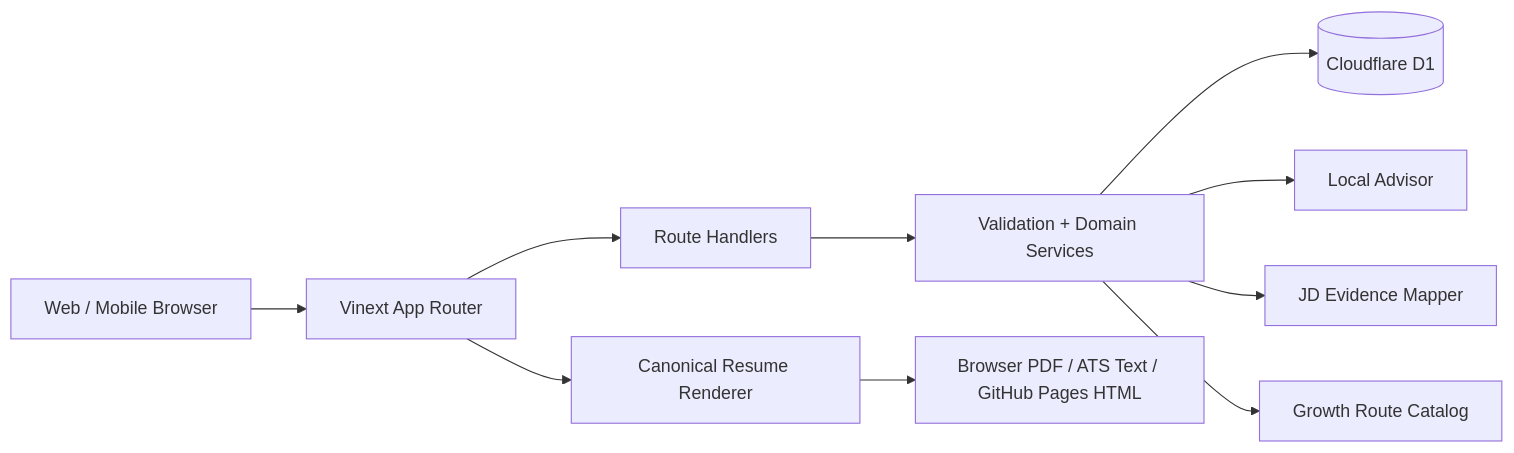
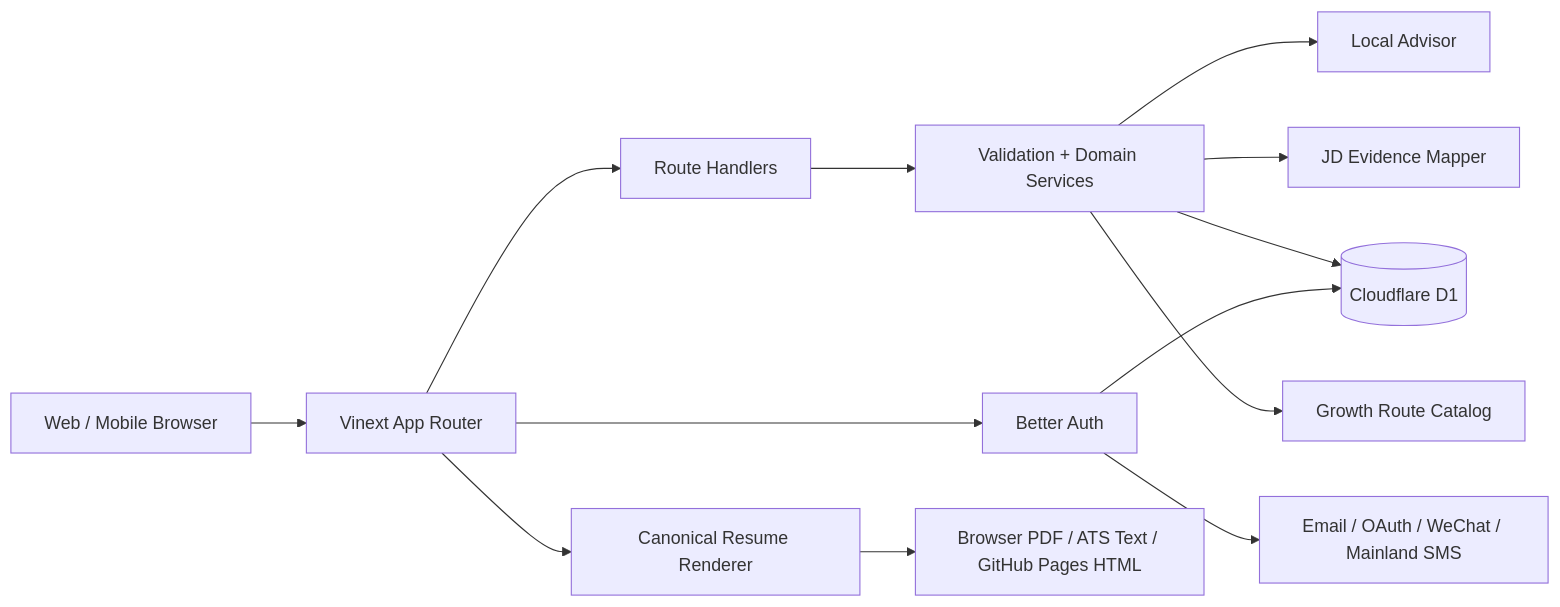
Before and after one commit to xhongduo-tech/easycv: the first of 2 diagrams in docs/architecture.md, drawn with Mermaid. The commit also changed other lines of this file and 46 other files, not shown here.

````diff
--- a/docs/architecture.md
+++ b/docs/architecture.md
@@ -7,12 +7,15 @@
 ```mermaid
 flowchart LR
   Browser[Web / Mobile Browser] --> App[Vinext App Router]
   App --> Routes[Route Handlers]
+  App --> Auth[Better Auth]
+  Auth --> Identity[Email / OAuth / WeChat / Mainland SMS]
+  Auth --> D1
   Routes --> Domain[Validation + Domain Services]
   Domain --> D1[(Cloudflare D1)]
   Domain --> Advisor[Local Advisor]
   Domain --> Evidence[JD Evidence Mapper]
   App --> Renderer[Canonical Resume Renderer]
   Renderer --> Print[Browser PDF / ATS Text / GitHub Pages HTML]
   Domain --> Growth[Growth Route Catalog]
 ```
````
